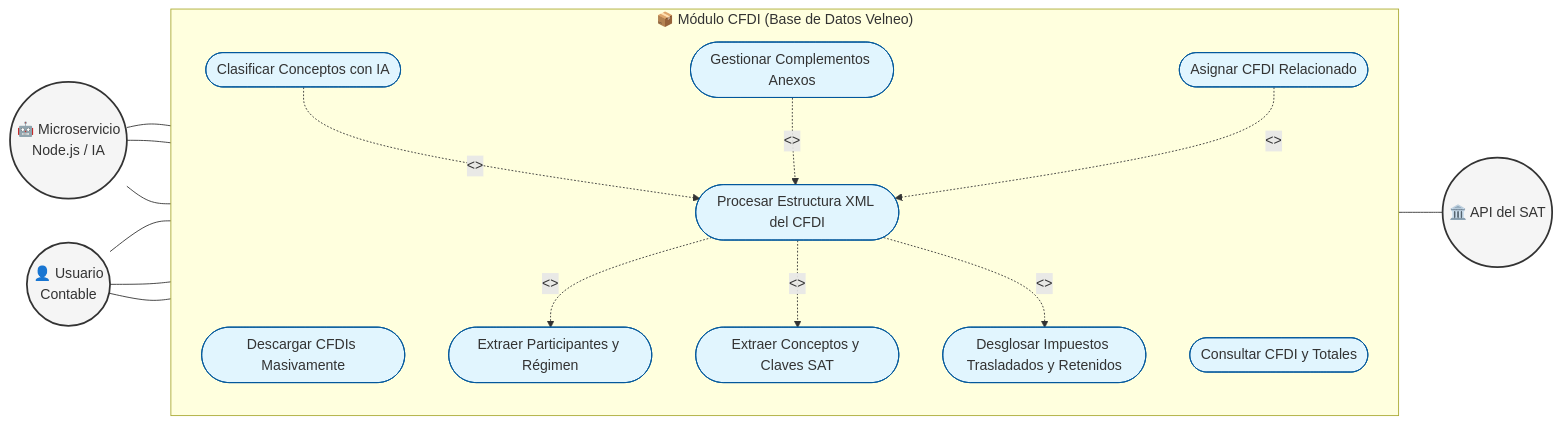
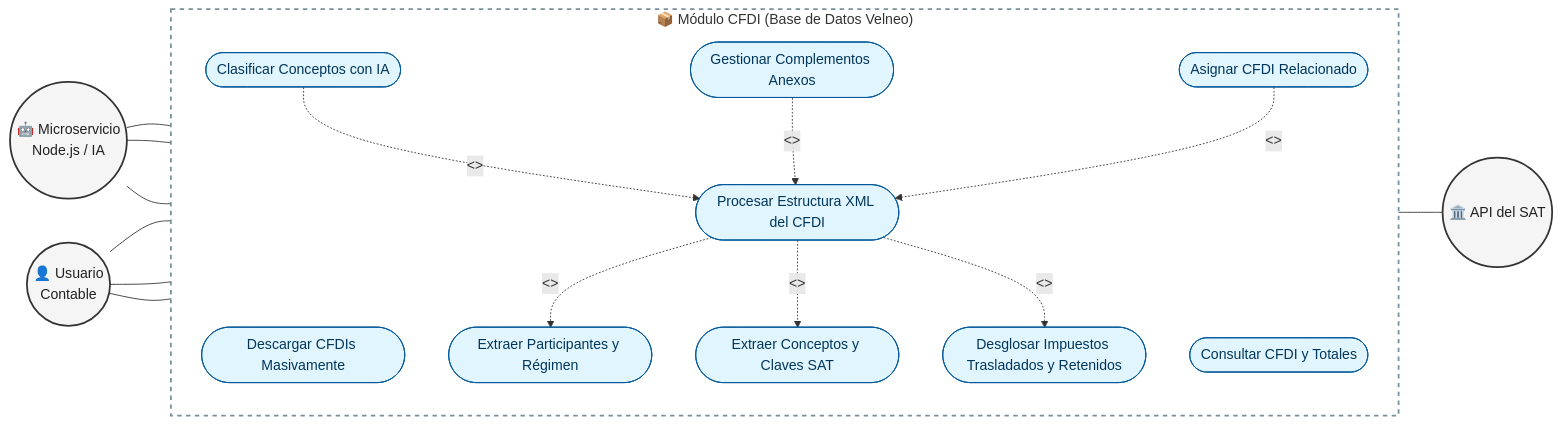
The second of 4 diagrams in data/3. CFDI/003_Diagrama CFDI.md (arturomiranda/ds-qs), drawn with Mermaid before and after one commit. The commit also changed other lines of this file and 1 other file, not shown here.

Commit message:
MEJORAS EN LOS COLORES DE LOS DIAGRAMAS

````diff
--- a/data/3. CFDI/003_Diagrama CFDI.md
+++ b/data/3. CFDI/003_Diagrama CFDI.md
@@ -111,54 +111,59 @@
 ```mermaid
 flowchart LR
     %% Actores
     Usuario((👤 Usuario\nContable))
     NodeJS((🤖 Microservicio\nNode.js / IA))
     SAT((🏛️ API del SAT))
 
-    %% Límite del Sistema
+    %% Límite del Sistema (Frontera UML)
     subgraph Sistema_ERP_DS_QS ["📦 Módulo CFDI (Base de Datos Velneo)"]
         direction TB
-        
+
         %% Casos de Uso Principales
         UC1([Descargar CFDIs Masivamente])
         UC2([Procesar Estructura XML del CFDI])
         UC3([Clasificar Conceptos con IA])
         UC4([Consultar CFDI y Totales])
         UC5([Gestionar Complementos Anexos])
         UC6([Asignar CFDI Relacionado])
-        
+
         %% Casos de Uso Incluidos (Obligatorios según Anexo 20)
         UC_PAR([Extraer Participantes y Régimen])
         UC_CON([Extraer Conceptos y Claves SAT])
         UC_IMP([Desglosar Impuestos Trasladados y Retenidos])
     end
 
     %% Relaciones de Actores Externos
     NodeJS --- UC1
     UC1 --- SAT
     NodeJS --- UC2
     NodeJS --- UC3
 
     %% Relaciones del Usuario
     Usuario --- UC4
     Usuario --- UC5
     Usuario --- UC6
 
     %% Relaciones UML estandarizadas (include / extend)
-    %% Un procesamiento de XML del SAT OBLIGA a extraer nodos (include)
     UC2 -. "<<include>>" .-> UC_PAR
     UC2 -. "<<include>>" .-> UC_CON
     UC2 -. "<<include>>" .-> UC_IMP
-    
+
     %% La IA es un proceso que extiende el procesamiento básico del XML
     UC3 -. "<<extend>>" .-> UC2
-    
+
     %% Complementos y Relaciones son opcionales para un CFDI (extend)
     UC5 -. "<<extend>>" .-> UC2
     UC6 -. "<<extend>>" .-> UC2
 
-    classDef actor fill:#f5f5f5,stroke:#333,stroke-width:2px;
-    classDef usecase fill:#e1f5fe,stroke:#01579b,stroke-width:1px;
+    %% --- SECCIÓN DE ESTILOS ADAPTATIVOS MULTI-TEMA ---
+    %% Forzamos 'color' oscuro en las clases para blindar el texto ante el modo oscuro
+    classDef actor fill:#f5f5f5,stroke:#333333,stroke-width:2px,color:#212121;
+    classDef usecase fill:#e1f5fe,stroke:#01579b,stroke-width:1px,color:#00365c;
+
     class Usuario,NodeJS,SAT actor;
     class UC1,UC2,UC3,UC4,UC5,UC6,UC_PAR,UC_CON,UC_IMP usecase;
+
+    %% Contenedor transparente con borde discontinuo gris neutro para resaltar en ambos temas
+    style Sistema_ERP_DS_QS fill:none,stroke:#78909c,stroke-width:2px,stroke-dasharray: 5 5
 ```
````
